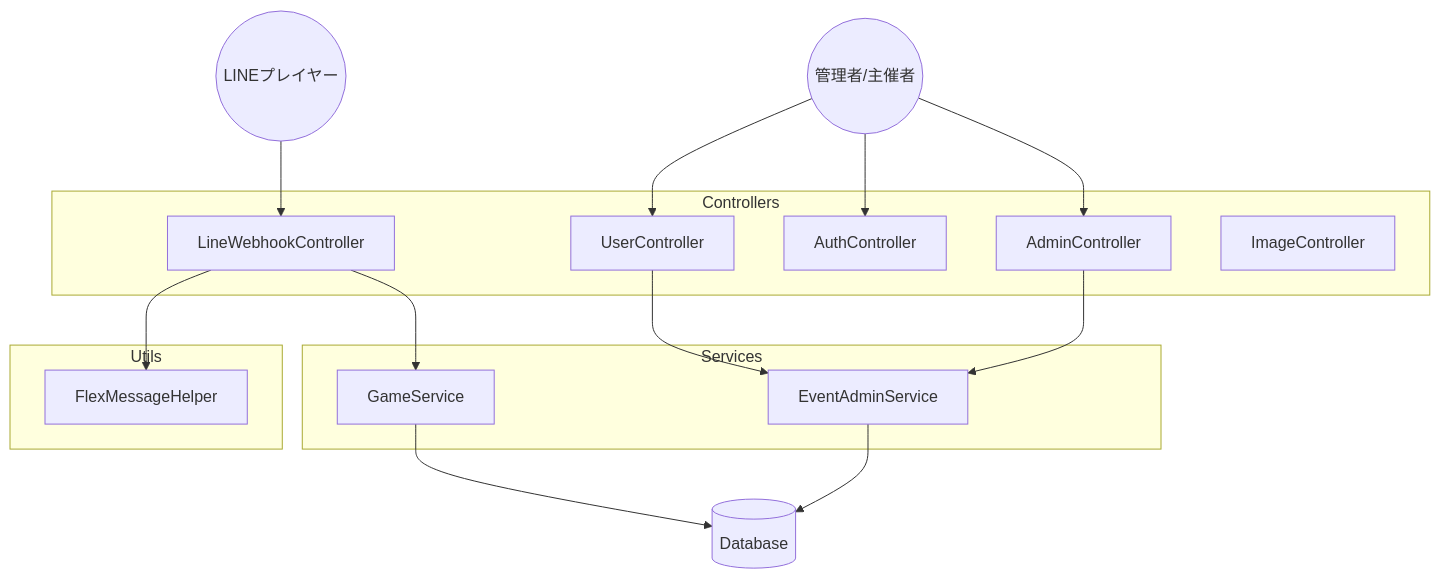
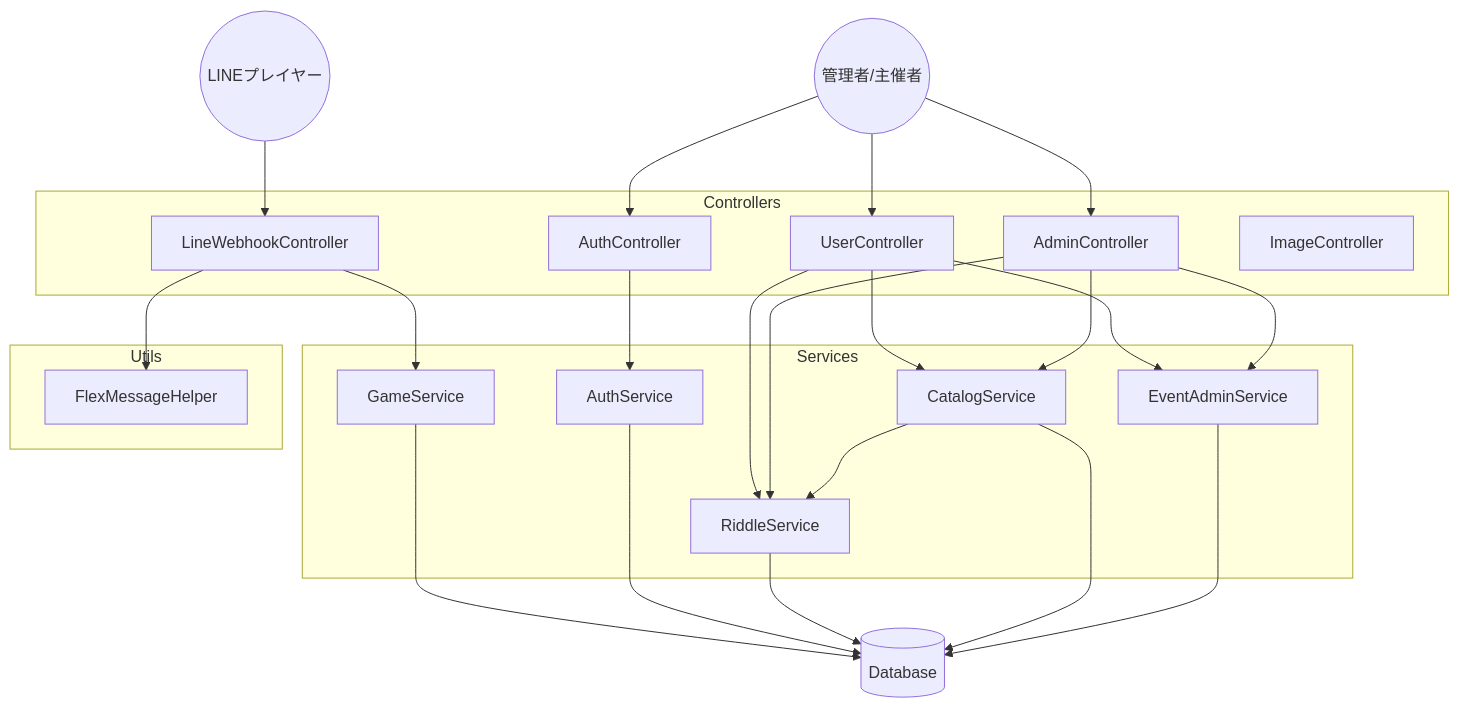
Before and after one commit to gantaro-max/mysterybot: the second of 2 diagrams in docs/architecture.md, drawn with Mermaid. The commit also changed other lines of this file and 9 other files, not shown here.

````diff
--- a/docs/architecture.md
+++ b/docs/architecture.md
@@ -121,37 +128,49 @@
 ```mermaid
 graph TD
     User((管理者/主催者))
     BotUser((LINEプレイヤー))
 
     subgraph Controllers
         AC[AdminController]
         UC[UserController]
         AuC[AuthController]
         LWC[LineWebhookController]
         IC[ImageController]
     end
 
     subgraph Services
+        AS[AuthService]
+        RS[RiddleService]
+        CS[CatalogService]
         EAS[EventAdminService]
         GS[GameService]
     end
 
     subgraph Utils
         FMH[FlexMessageHelper]
     end
 
     DB[(Database)]
 
     User --> AuC
     User --> AC
     User --> UC
     BotUser --> LWC
 
     LWC --> FMH
     LWC --> GS
+    AuC --> AS
+    UC --> RS
+    UC --> CS
     UC --> EAS
+    AC --> CS
+    AC --> RS
     AC --> EAS
+    CS --> RS
 
     GS --> DB
+    AS --> DB
+    RS --> DB
+    CS --> DB
     EAS --> DB
 ```
````
